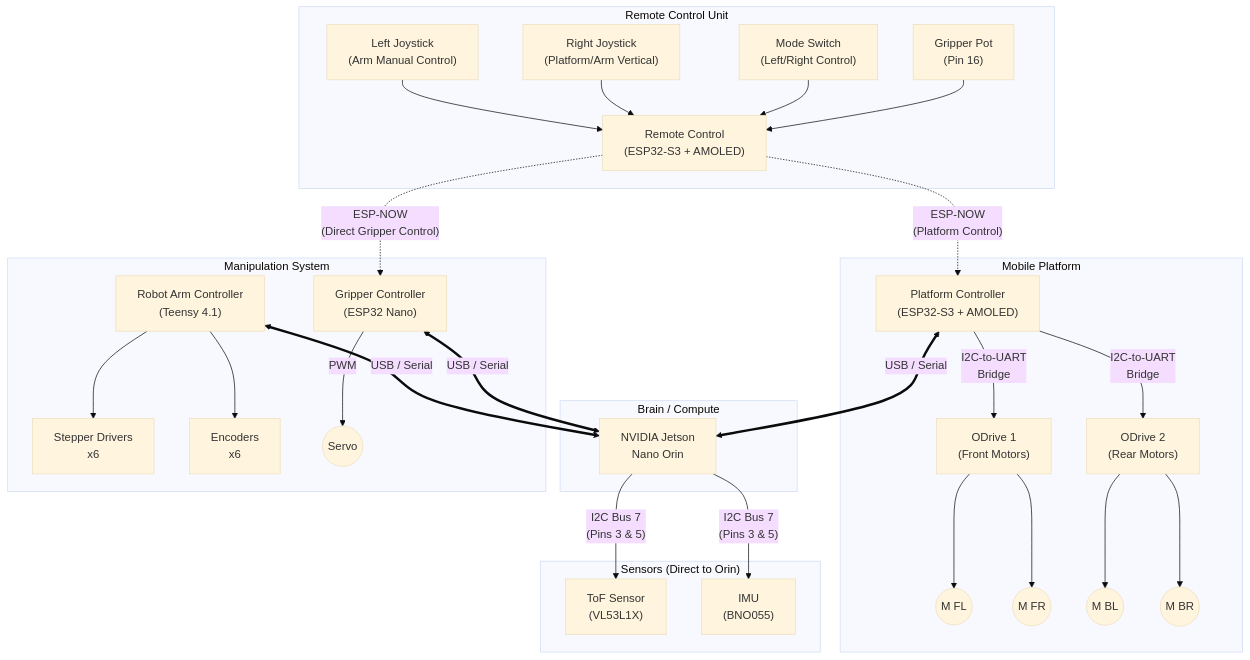
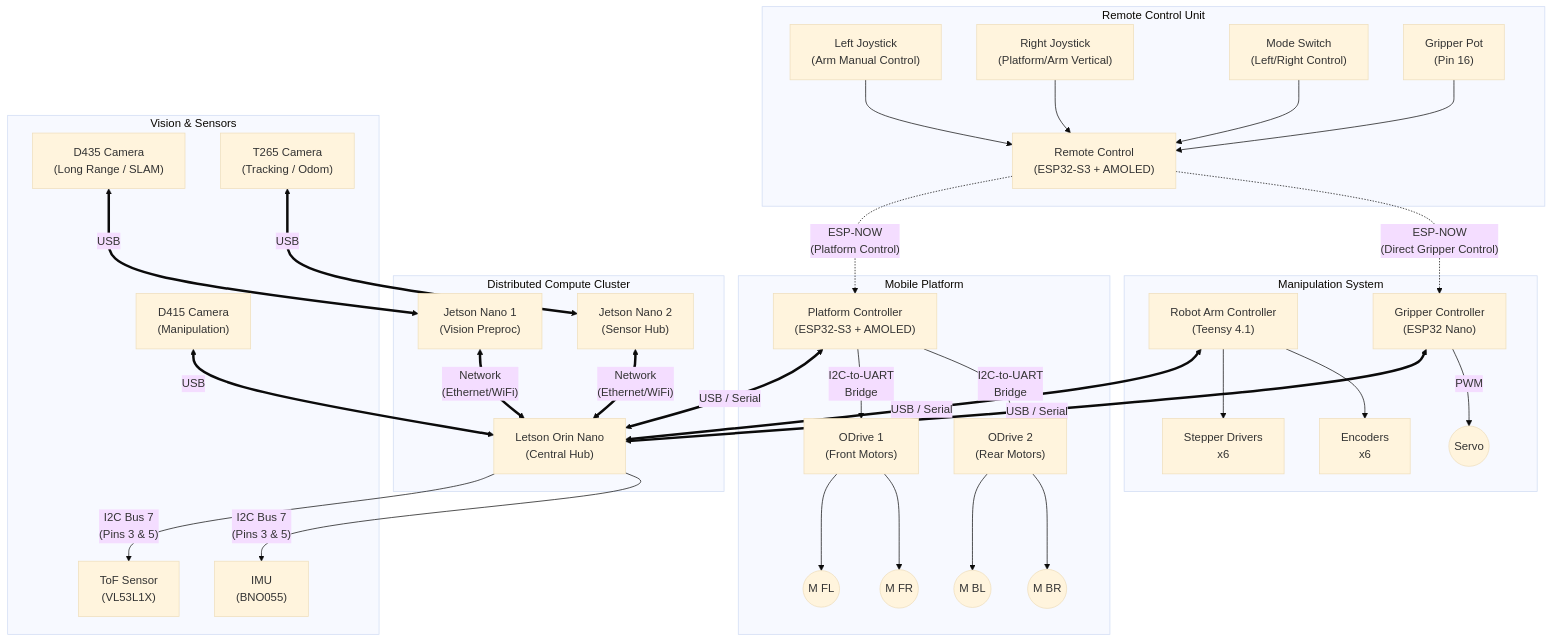
Before and after one commit to bano99/james-useful-home-robot: the diagram in docs/hardware_interconnection.md, drawn with Mermaid (base theme). The commit also changed other lines of this file, not shown here.

Commit message:
Update docs with distributed architecture (3 Jetsons, 3 Cameras)

````diff
--- a/docs/hardware_interconnection.md
+++ b/docs/hardware_interconnection.md
@@ -26,8 +26,10 @@
         M_BR((M BR))
     end
 
-    subgraph "Brain / Compute"
-        ORIN["NVIDIA Jetson<br/>Nano Orin"]
+    subgraph "Distributed Compute Cluster"
+        ORIN["Letson Orin Nano<br/>(Central Hub)"]
+        NANO1["Jetson Nano 1<br/>(Vision Preproc)"]
+        NANO2["Jetson Nano 2<br/>(Sensor Hub)"]
     end
 
     subgraph "Manipulation System"
@@ -39,7 +41,10 @@
         SERVO((Servo))
     end
     
-    subgraph "Sensors (Direct to Orin)"
+    subgraph "Vision & Sensors"
+        D415["D415 Camera<br/>(Manipulation)"]
+        D435["D435 Camera<br/>(Long Range / SLAM)"]
+        T265["T265 Camera<br/>(Tracking / Odom)"]
         TOF["ToF Sensor<br/>(VL53L1X)"]
         IMU["IMU<br/>(BNO055)"]
     end
@@ -54,7 +59,11 @@
     RC -.->|"ESP-NOW<br/>(Platform Control)"| PC
     RC -.->|"ESP-NOW<br/>(Direct Gripper Control)"| GRP
     
-    %% Compute Connections
+    %% Compute Cluster Connections
+    NANO1 <==>|"Network<br/>(Ethernet/WiFi)"| ORIN
+    NANO2 <==>|"Network<br/>(Ethernet/WiFi)"| ORIN
+    
+    %% Controller Connections to Orin
     PC <==>|"USB / Serial"| ORIN
     TEENSY <==>|"USB / Serial"| ORIN
     GRP <==>|"USB / Serial"| ORIN
@@ -74,7 +83,11 @@
     %% Gripper Internal
     GRP -->|PWM| SERVO
     
-    %% Sensor Connections
+    %% Sensor/Camera Connections
+    D415 <==>|USB| ORIN
+    D435 <==>|USB| NANO1
+    T265 <==>|USB| NANO2
+    
     ORIN -->|"I2C Bus 7<br/>(Pins 3 & 5)"| TOF
     ORIN -->|"I2C Bus 7<br/>(Pins 3 & 5)"| IMU
 ```
````
